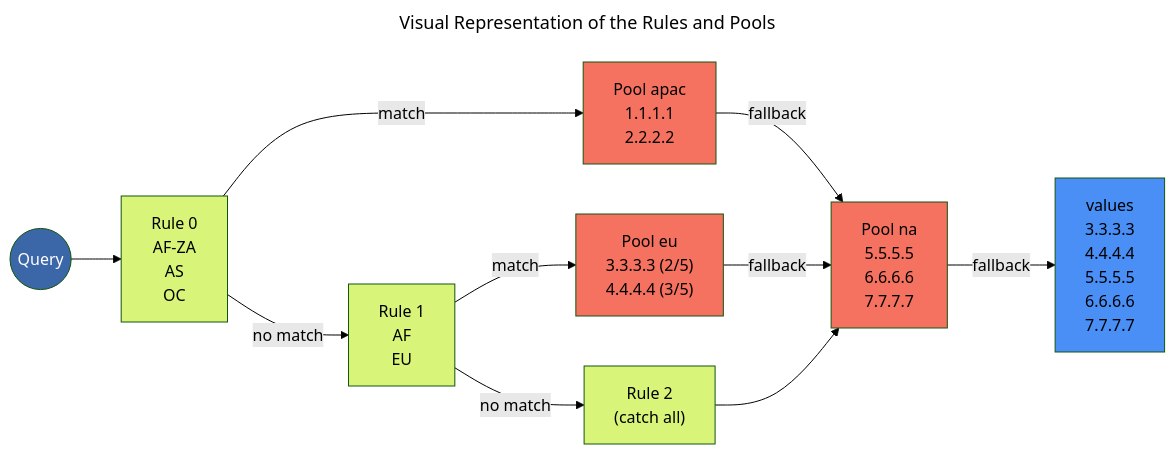
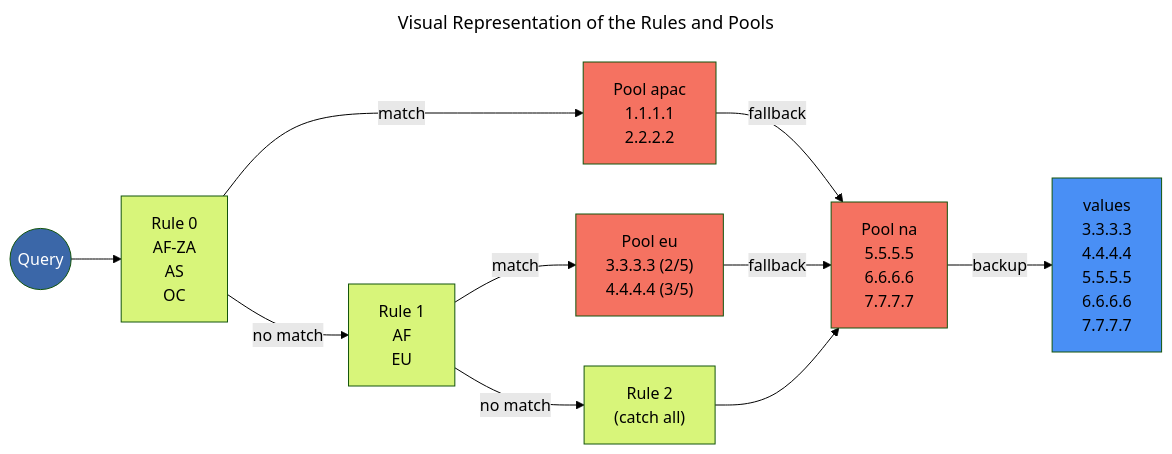
Before and after one commit to octodns/octodns: the diagram in docs/dynamic_records.md, drawn with Mermaid (forest theme). The commit also changed other lines of this file, not shown here.

Commit message:
Rework dynamic documentation to call using the default pool a backup rather than fallback

````diff
--- a/docs/dynamic_records.md
+++ b/docs/dynamic_records.md
@@ -79,26 +82,26 @@
 ```mermaid
 ---
 title: Visual Representation of the Rules and Pools
 ---
 flowchart LR
-  	query((Query)) --> rule_0[Rule 0<br>AF-ZA<br>AS<br>OC]
-	rule_0 --no match--> rule_1[Rule 1<br>AF<br>EU]
-	rule_1 --no match--> rule_2["Rule 2<br>(catch all)"]
+    query((Query)) --> rule_0[Rule 0<br>AF-ZA<br>AS<br>OC]
+    rule_0 --no match--> rule_1[Rule 1<br>AF<br>EU]
+    rule_1 --no match--> rule_2["Rule 2<br>(catch all)"]
 
-	rule_0 --match--> pool_apac[Pool apac<br>1.1.1.1<br>2.2.2.2]
-	pool_apac --fallback--> pool_na
-	rule_1 --match--> pool_eu["Pool eu<br>3.3.3.3 (2/5)<br>4.4.4.4 (3/5)"]
-	pool_eu --fallback--> pool_na
-	rule_2 --> pool_na[Pool na<br>5.5.5.5<br>6.6.6.6<br>7.7.7.7]
-	pool_na --fallback--> values[values<br>3.3.3.3<br>4.4.4.4<br>5.5.5.5<br>6.6.6.6<br>7.7.7.7]
+    rule_0 --match--> pool_apac[Pool apac<br>1.1.1.1<br>2.2.2.2]
+    pool_apac --fallback--> pool_na
+    rule_1 --match--> pool_eu["Pool eu<br>3.3.3.3 (2/5)<br>4.4.4.4 (3/5)"]
+    pool_eu --fallback--> pool_na
+    rule_2 --> pool_na[Pool na<br>5.5.5.5<br>6.6.6.6<br>7.7.7.7]
+    pool_na --backup--> values[values<br>3.3.3.3<br>4.4.4.4<br>5.5.5.5<br>6.6.6.6<br>7.7.7.7]
 
-	classDef queryColor fill:#3B67A8,color:#ffffff
-	classDef ruleColor fill:#D8F57A,color:#000000
-	classDef poolColor fill:#F57261,color:#000000
-	classDef valueColor fill:#498FF5,color:#000000
+    classDef queryColor fill:#3B67A8,color:#ffffff
+    classDef ruleColor fill:#D8F57A,color:#000000
+    classDef poolColor fill:#F57261,color:#000000
+    classDef valueColor fill:#498FF5,color:#000000
 
-	class query queryColor
-	class rule_0,rule_1,rule_2 ruleColor
-	class pool_apac,pool_eu,pool_na poolColor
-	class values valueColor
+    class query queryColor
+    class rule_0,rule_1,rule_2 ruleColor
+    class pool_apac,pool_eu,pool_na poolColor
+    class values valueColor
 ```
````
